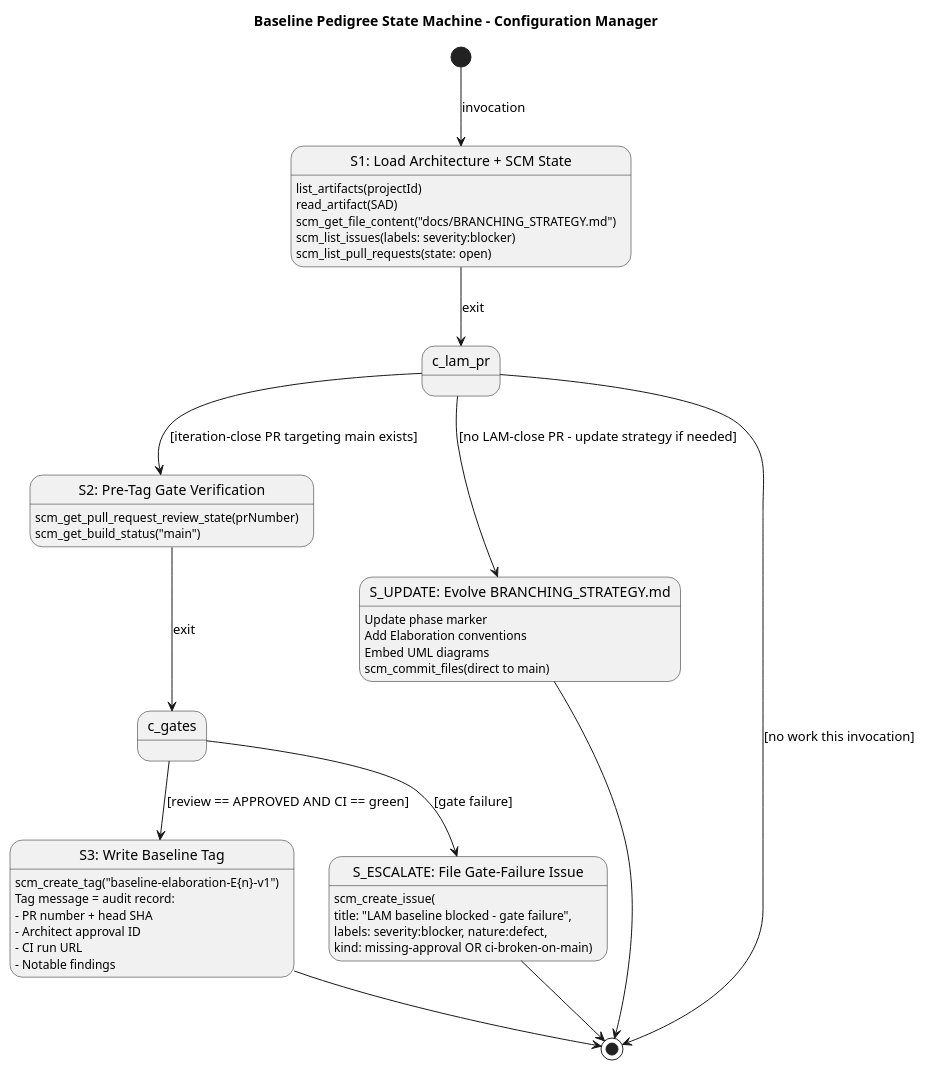
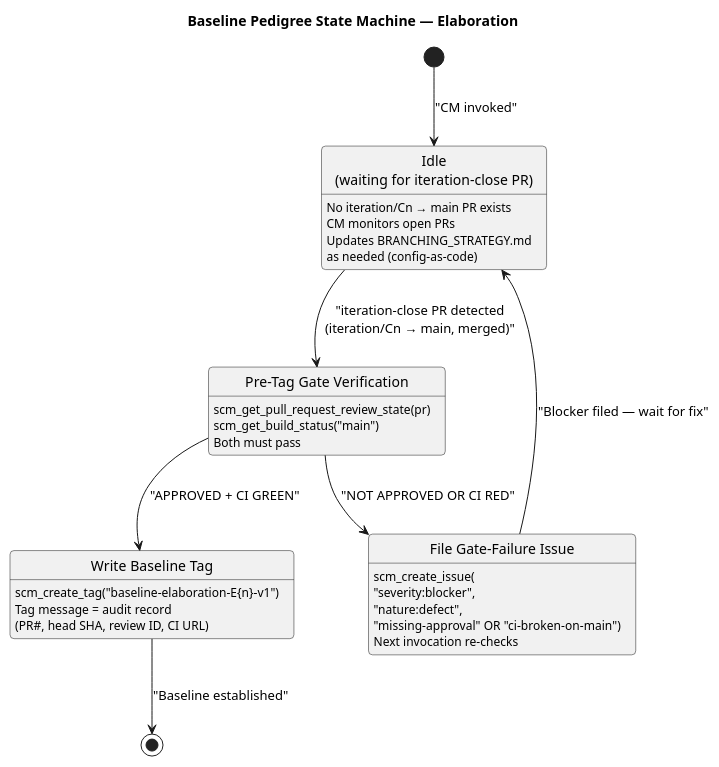
Before and after one commit to banense-test/demo-janke-lab: the second of 2 diagrams in docs/BRANCHING_STRATEGY.md, drawn with PlantUML. The commit also changed other lines of this file, not shown here.

First line of the commit message:
chore: update BRANCHING_STRATEGY.md for Elaboration Iteration 2

````diff
--- a/docs/BRANCHING_STRATEGY.md
+++ b/docs/BRANCHING_STRATEGY.md
@@ -134,62 +184,46 @@
 ```plantuml
-@startuml BaselinePedigreeStateMachine
-title Baseline Pedigree State Machine - Configuration Manager
+@startuml
+title Baseline Pedigree State Machine — Elaboration
 
 skinparam shadowing false
+skinparam roundCorner 8
 
-[*] --> S1_DISCOVER : invocation
+[*] --> Idle : "CM invoked"
 
-state "S1: Load Architecture + SCM State" as S1_DISCOVER {
-  S1_DISCOVER : list_artifacts(projectId)
-  S1_DISCOVER : read_artifact(SAD)
-  S1_DISCOVER : scm_get_file_content("docs/BRANCHING_STRATEGY.md")
-  S1_DISCOVER : scm_list_issues(labels: severity:blocker)
-  S1_DISCOVER : scm_list_pull_requests(state: open)
+state "Idle\n(waiting for iteration-close PR)" as Idle {
+  Idle : No iteration/Cn → main PR exists
+  Idle : CM monitors open PRs
+  Idle : Updates BRANCHING_STRATEGY.md
+  Idle : as needed (config-as-code)
 }
 
-S1_DISCOVER --> c_lam_pr : exit
+Idle --> GateCheck : "iteration-close PR detected\n(iteration/Cn → main, merged)"
 
-state c_lam_pr <<choice>>
-c_lam_pr --> S2_GATE : [iteration-close PR targeting main exists]
-c_lam_pr --> S_UPDATE_STRATEGY : [no LAM-close PR - update strategy if needed]
-c_lam_pr --> [*] : [no work this invocation]
-
-state "S_UPDATE: Evolve BRANCHING_STRATEGY.md" as S_UPDATE_STRATEGY {
-  S_UPDATE_STRATEGY : Update phase marker
-  S_UPDATE_STRATEGY : Add Elaboration conventions
-  S_UPDATE_STRATEGY : Embed UML diagrams
-  S_UPDATE_STRATEGY : scm_commit_files(direct to main)
-}
-S_UPDATE_STRATEGY --> [*]
-
-state "S2: Pre-Tag Gate Verification" as S2_GATE {
-  S2_GATE : scm_get_pull_request_review_state(prNumber)
-  S2_GATE : scm_get_build_status("main")
+state "Pre-Tag Gate Verification" as GateCheck {
+  GateCheck : scm_get_pull_request_review_state(pr)
+  GateCheck : scm_get_build_status("main")
+  GateCheck : Both must pass
 }
 
-S2_GATE --> c_gates : exit
+GateCheck --> Tag : "APPROVED + CI GREEN"
+GateCheck --> Escalate : "NOT APPROVED OR CI RED"
 
-state c_gates <<choice>>
-c_gates --> S3_TAG : [review == APPROVED AND CI == green]
-c_gates --> S_ESCALATE : [gate failure]
+state "Write Baseline Tag" as Tag {
+  Tag : scm_create_tag("baseline-elaboration-E{n}-v1")
+  Tag : Tag message = audit record
+  Tag : (PR#, head SHA, review ID, CI URL)
+}
 
-state "S3: Write Baseline Tag" as S3_TAG {
-  S3_TAG : scm_create_tag("baseline-elaboration-E{n}-v1")
-  S3_TAG : Tag message = audit record:
-  S3_TAG :   - PR number + head SHA
-  S3_TAG :   - Architect approval ID
-  S3_TAG :   - CI run URL
-  S3_TAG :   - Notable findings
+state "File Gate-Failure Issue" as Escalate {
+  Escalate : scm_create_issue(
+  Escalate :   "severity:blocker",
+  Escalate :   "nature:defect",
+  Escalate :   "missing-approval" OR "ci-broken-on-main")
+  Escalate : Next invocation re-checks
 }
-S3_TAG --> [*]
 
-state "S_ESCALATE: File Gate-Failure Issue" as S_ESCALATE {
-  S_ESCALATE : scm_create_issue(
-  S_ESCALATE :   title: "LAM baseline blocked - gate failure",
-  S_ESCALATE :   labels: severity:blocker, nature:defect,
-  S_ESCALATE :   kind: missing-approval OR ci-broken-on-main)
-}
-S_ESCALATE --> [*]
+Tag --> [*] : "Baseline established"
+Escalate --> Idle : "Blocker filed — wait for fix"
 
 @enduml
 ```
````
